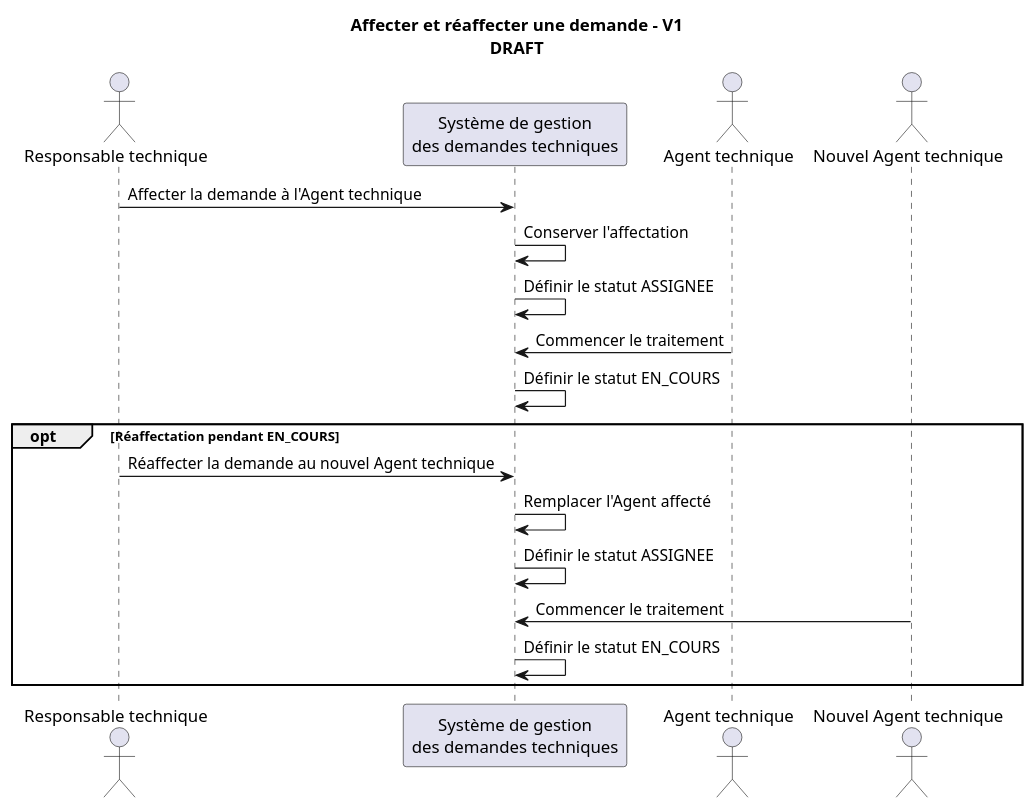
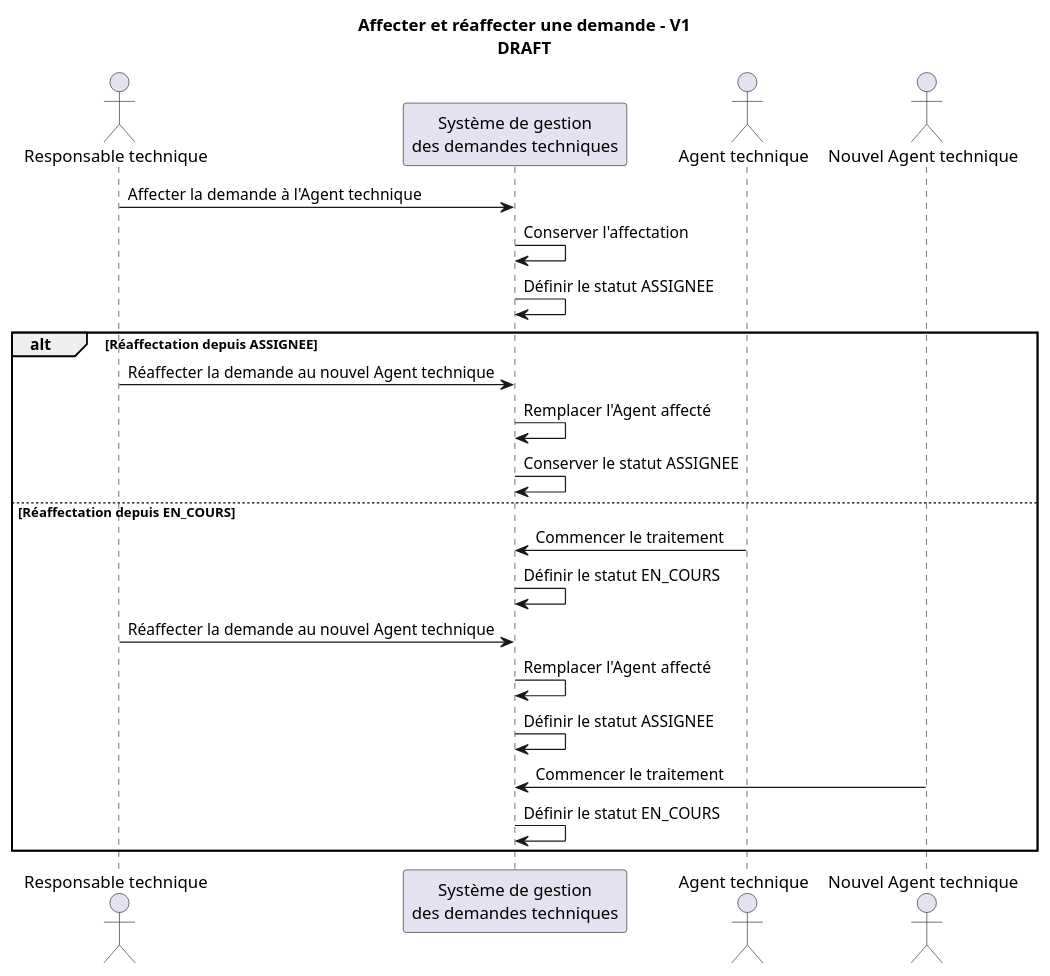
The diagram in docs/uml/sequence/assign-reassign-request-v1.puml (akrouty/gestion-demandes-techniques), drawn with PlantUML before and after one commit. The commit also changed 5 other files, not shown here.

Commit message:
uml condition + etat draf diagramme

```diff
--- a/docs/uml/sequence/assign-reassign-request-v1.puml
+++ b/docs/uml/sequence/assign-reassign-request-v1.puml
@@ -1,26 +1,29 @@
 @startuml
 
 ' Statut : DRAFT
 title Affecter et réaffecter une demande - V1\nDRAFT
 
 actor "Responsable technique" as RT
 participant "Système de gestion\ndes demandes techniques" as SYSTEM
 actor "Agent technique" as AGENT
 actor "Nouvel Agent technique" as NEW_AGENT
 
 RT -> SYSTEM : Affecter la demande à l'Agent technique
 SYSTEM -> SYSTEM : Conserver l'affectation
 SYSTEM -> SYSTEM : Définir le statut ASSIGNEE
 
-AGENT -> SYSTEM : Commencer le traitement
-SYSTEM -> SYSTEM : Définir le statut EN_COURS
-
-opt Réaffectation pendant EN_COURS
+alt Réaffectation depuis ASSIGNEE
+  RT -> SYSTEM : Réaffecter la demande au nouvel Agent technique
+  SYSTEM -> SYSTEM : Remplacer l'Agent affecté
+  SYSTEM -> SYSTEM : Conserver le statut ASSIGNEE
+else Réaffectation depuis EN_COURS
+  AGENT -> SYSTEM : Commencer le traitement
+  SYSTEM -> SYSTEM : Définir le statut EN_COURS
   RT -> SYSTEM : Réaffecter la demande au nouvel Agent technique
   SYSTEM -> SYSTEM : Remplacer l'Agent affecté
   SYSTEM -> SYSTEM : Définir le statut ASSIGNEE
   NEW_AGENT -> SYSTEM : Commencer le traitement
   SYSTEM -> SYSTEM : Définir le statut EN_COURS
 end
 
 @enduml
```
